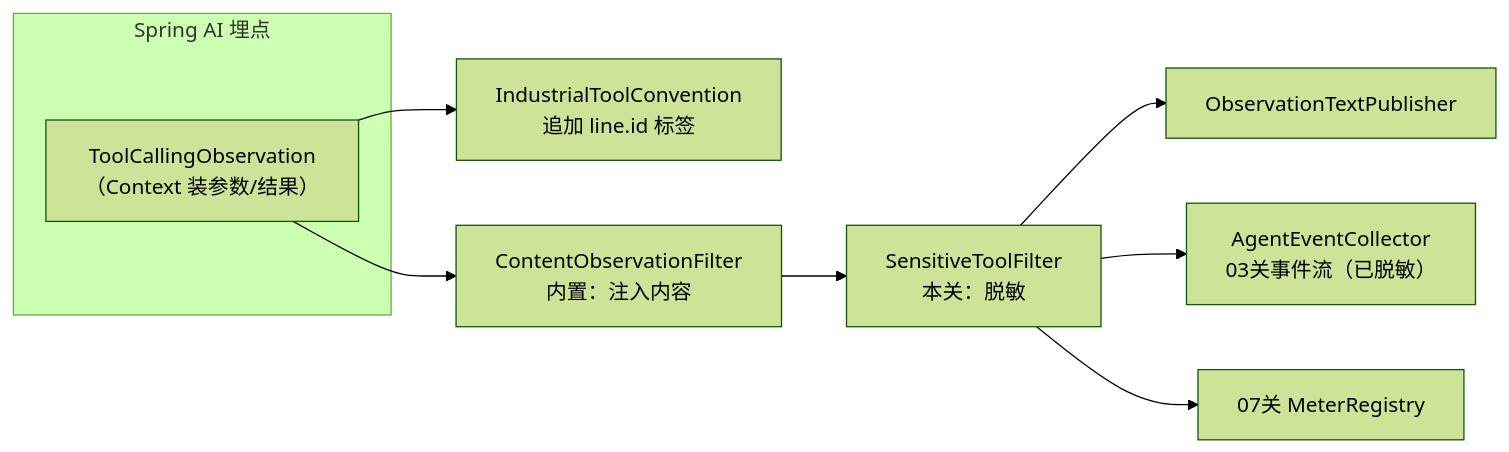
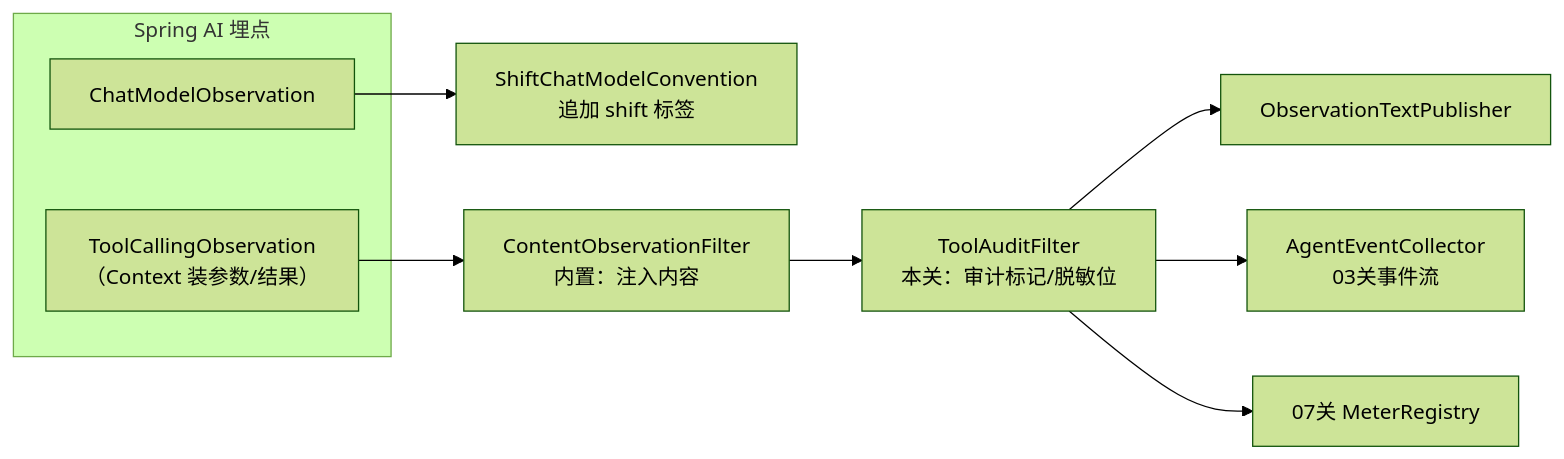
One commit to UranusGit/java-agent-learn changed the first of 2 diagrams in docs/附录/18-Observation/04-自定义Convention与Filter：工业标签与脱敏.md. Above: the diagram before and after it, drawn with Mermaid (forest theme). The commit also changed other lines of this file and 12 other files, not shown here.

First line of the commit message:
18-Observation 单工具化：移除 DeviceTools，全系列只留 TimeTool

````diff
--- a/docs/附录/18-Observation/04-自定义Convention与Filter：工业标签与脱敏.md
+++ b/docs/附录/18-Observation/04-自定义Convention与Filter：工业标签与脱敏.md
@@ -118,12 +116,13 @@
 ```mermaid
 graph LR
     subgraph 埋点["Spring AI 埋点"]
+        M["ChatModelObservation"]
         T["ToolCallingObservation<br/>（Context 装参数/结果）"]
     end
-    T --> CV["IndustrialToolConvention<br/>追加 line.id 标签"]
+    M --> CV["ShiftChatModelConvention<br/>追加 shift 标签"]
     T --> F1["ContentObservationFilter<br/>内置：注入内容"]
-    F1 --> F2["SensitiveToolFilter<br/>本关：脱敏"]
+    F1 --> F2["ToolAuditFilter<br/>本关：审计标记/脱敏位"]
     F2 --> H1["ObservationTextPublisher"]
-    F2 --> H2["AgentEventCollector<br/>03关事件流（已脱敏）"]
+    F2 --> H2["AgentEventCollector<br/>03关事件流"]
     F2 --> H3["07关 MeterRegistry"]
 ```
````
